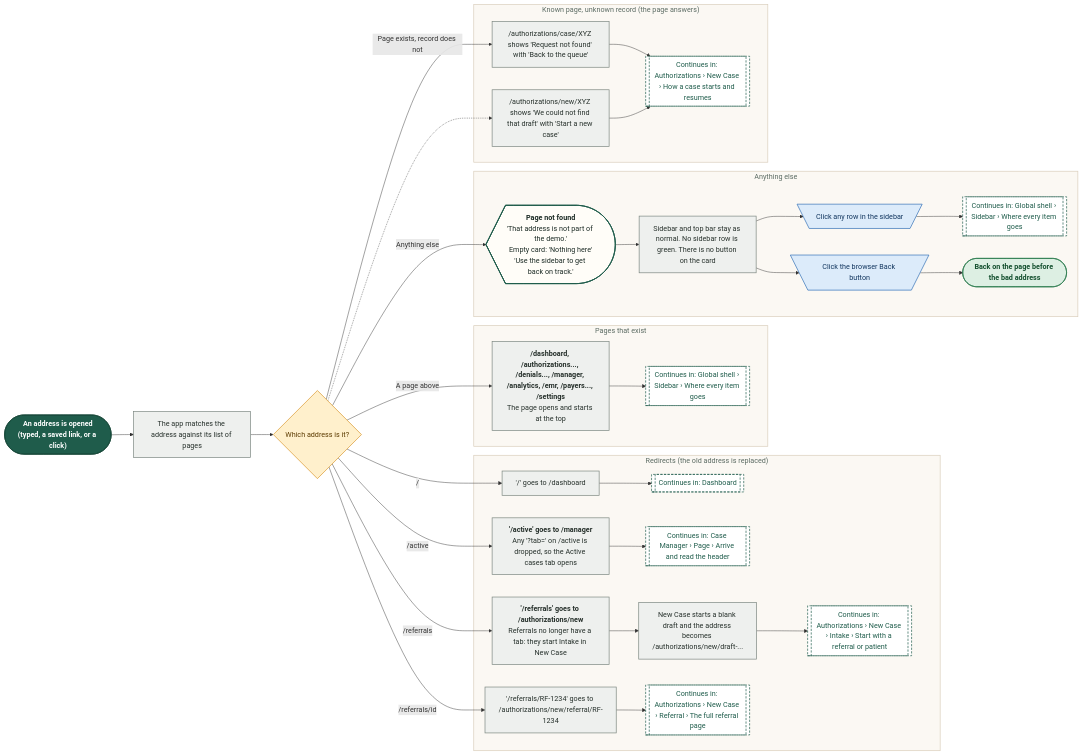
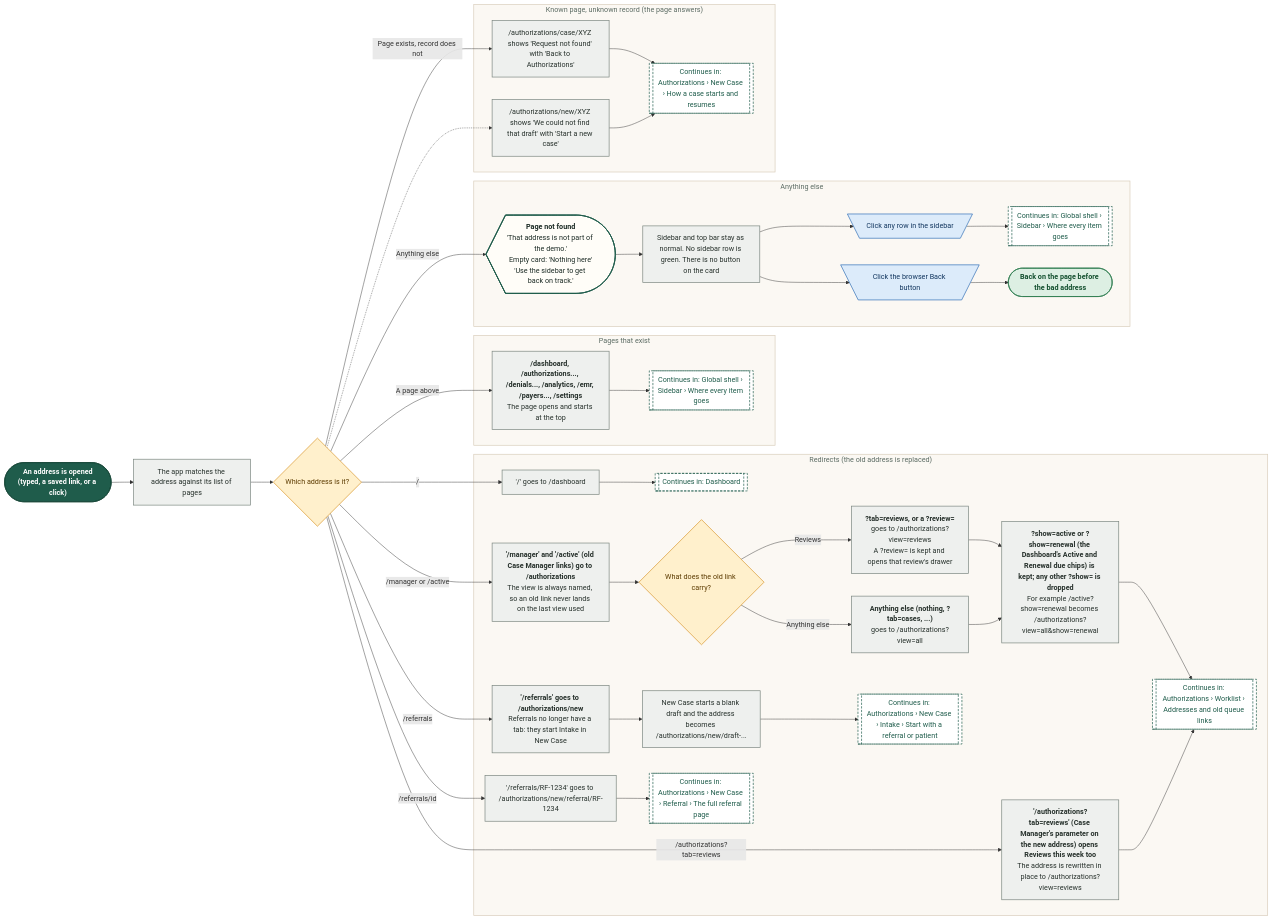
One commit to Shrav143/psyfloapp changed diagram 18 of 19 in demos/prior-auth-demo/workflows/out/md/01-global-shell.md. Above: the diagram before and after it, drawn with Mermaid. The commit also changed other lines of this file and 113 other files, not shown here.

First line of the commit message:
docs: workflow diagrams for the merged Authorizations (worklist, approved, reviews and tracked cases, sidebar arrow), every link retargeted, 336 diagrams

```diff
--- a/demos/prior-auth-demo/workflows/out/md/01-global-shell.md
+++ b/demos/prior-auth-demo/workflows/out/md/01-global-shell.md
@@ -1329,8 +1423,13 @@
   subgraph gRed ["Redirects (the old address is replaced)"]
   r1@{ shape: rect, label: "'/' goes to /dashboard" }
   g1@{ shape: subproc, label: "Continues in: Dashboard" }
-  r2@{ shape: rect, label: "<b>'/active' goes to /manager</b><br/>Any '?tab=' on /active is dropped, so the Active cases tab opens" }
-  g2@{ shape: subproc, label: "Continues in: Case Manager › Page › Arrive and read the header" }
+  r2@{ shape: rect, label: "<b>'/manager' and '/active' (old Case Manager links) go to /authorizations</b><br/>The view is always named, so an old link never lands on the last view used" }
+  dm@{ shape: diam, label: "What does the old link carry?" }
+  m1@{ shape: rect, label: "<b>?tab=reviews, or a ?review=</b><br/>goes to /authorizations?view=reviews<br/>A ?review= is kept and opens that review's drawer" }
+  m2@{ shape: rect, label: "<b>Anything else (nothing, ?tab=cases, ...)</b><br/>goes to /authorizations?view=all" }
+  m3@{ shape: rect, label: "<b>?show=active or ?show=renewal (the Dashboard's Active and Renewal due chips) is kept; any other ?show= is dropped</b><br/>For example /active?show=renewal becomes /authorizations?view=all&show=renewal" }
+  m4@{ shape: rect, label: "<b>'/authorizations?tab=reviews' (Case Manager's parameter on the new address) opens Reviews this week too</b><br/>The address is rewritten in place to /authorizations?view=reviews" }
+  g2@{ shape: subproc, label: "Continues in: Authorizations › Worklist › Addresses and old queue links" }
   r3@{ shape: rect, label: "<b>'/referrals' goes to /authorizations/new</b><br/>Referrals no longer have a tab: they start Intake in New Case" }
   r3b@{ shape: rect, label: "New Case starts a blank draft and the address becomes /authorizations/new/draft-..." }
   g3@{ shape: subproc, label: "Continues in: Authorizations › New Case › Intake › Start with a referral or patient" }
@@ -1338,7 +1437,7 @@
   g4@{ shape: subproc, label: "Continues in: Authorizations › New Case › Referral › The full referral page" }
   end
   subgraph gKnown ["Pages that exist"]
-  k1@{ shape: rect, label: "<b>/dashboard, /authorizations..., /denials..., /manager, /analytics, /emr, /payers..., /settings</b><br/>The page opens and starts at the top" }
+  k1@{ shape: rect, label: "<b>/dashboard, /authorizations..., /denials..., /analytics, /emr, /payers..., /settings</b><br/>The page opens and starts at the top" }
   g5@{ shape: subproc, label: "Continues in: Global shell › Sidebar › Where every item goes" }
   end
   subgraph gNo ["Anything else"]
@@ -1350,13 +1449,17 @@
   n5@{ shape: stadium, label: "Back on the page before the bad address" }
   end
   subgraph gOwn ["Known page, unknown record (the page answers)"]
-  o1@{ shape: rect, label: "/authorizations/case/XYZ shows 'Request not found' with 'Back to the queue'" }
+  o1@{ shape: rect, label: "/authorizations/case/XYZ shows 'Request not found' with 'Back to Authorizations'" }
   o2@{ shape: rect, label: "/authorizations/new/XYZ shows 'We could not find that draft' with 'Start a new case'" }
   g7@{ shape: subproc, label: "Continues in: Authorizations › New Case › How a case starts and resumes" }
   end
   s1 --> p0 --> d1
   d1 -->|"/"| r1 --> g1
-  d1 -->|"/active"| r2 --> g2
+  d1 -->|"/manager or /active"| r2 --> dm
+  dm -->|"Reviews"| m1
+  dm -->|"Anything else"| m2
+  m1 & m2 --> m3 --> g2
+  d1 -->|"/authorizations?tab=reviews"| m4 --> g2
   d1 -->|"/referrals"| r3 --> r3b --> g3
   d1 -->|"/referrals/id"| r4 --> g4
   d1 -->|"A page above"| k1 --> g5
@@ -1368,8 +1471,8 @@
   o2 --> g7
   d1 -.-> o2
   class s1 k_start
-  class p0,r1,r2,r3,r3b,r4,k1,n2,o1,o2 k_process
-  class d1 k_decision
+  class p0,r1,r2,m1,m2,m3,m4,r3,r3b,r4,k1,n2,o1,o2 k_process
+  class d1,dm k_decision
   class g1,g2,g3,g4,g5,g6,g7 k_goto
   class n1 k_screen
   class n3,n4 k_click
```
